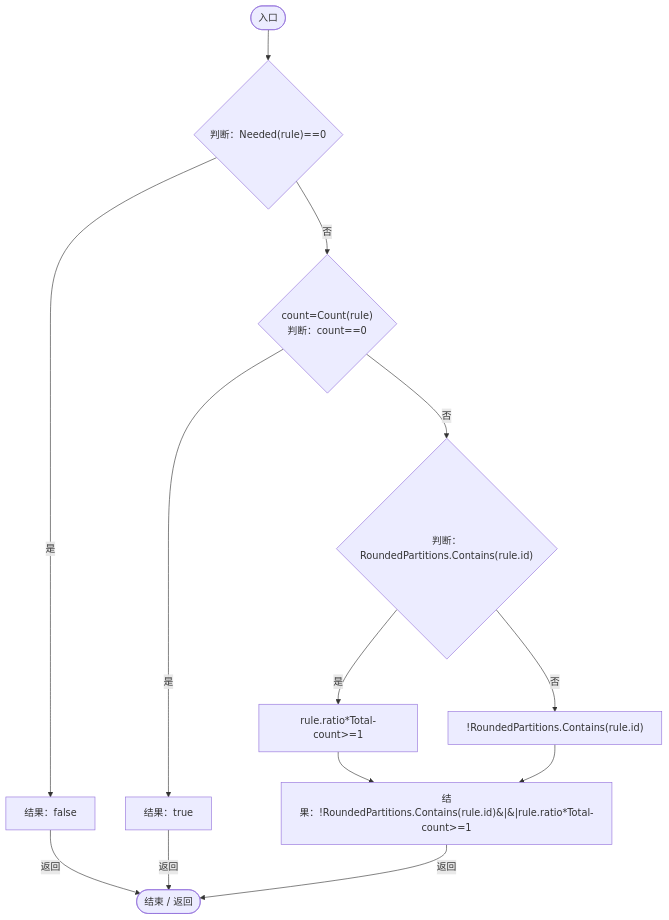
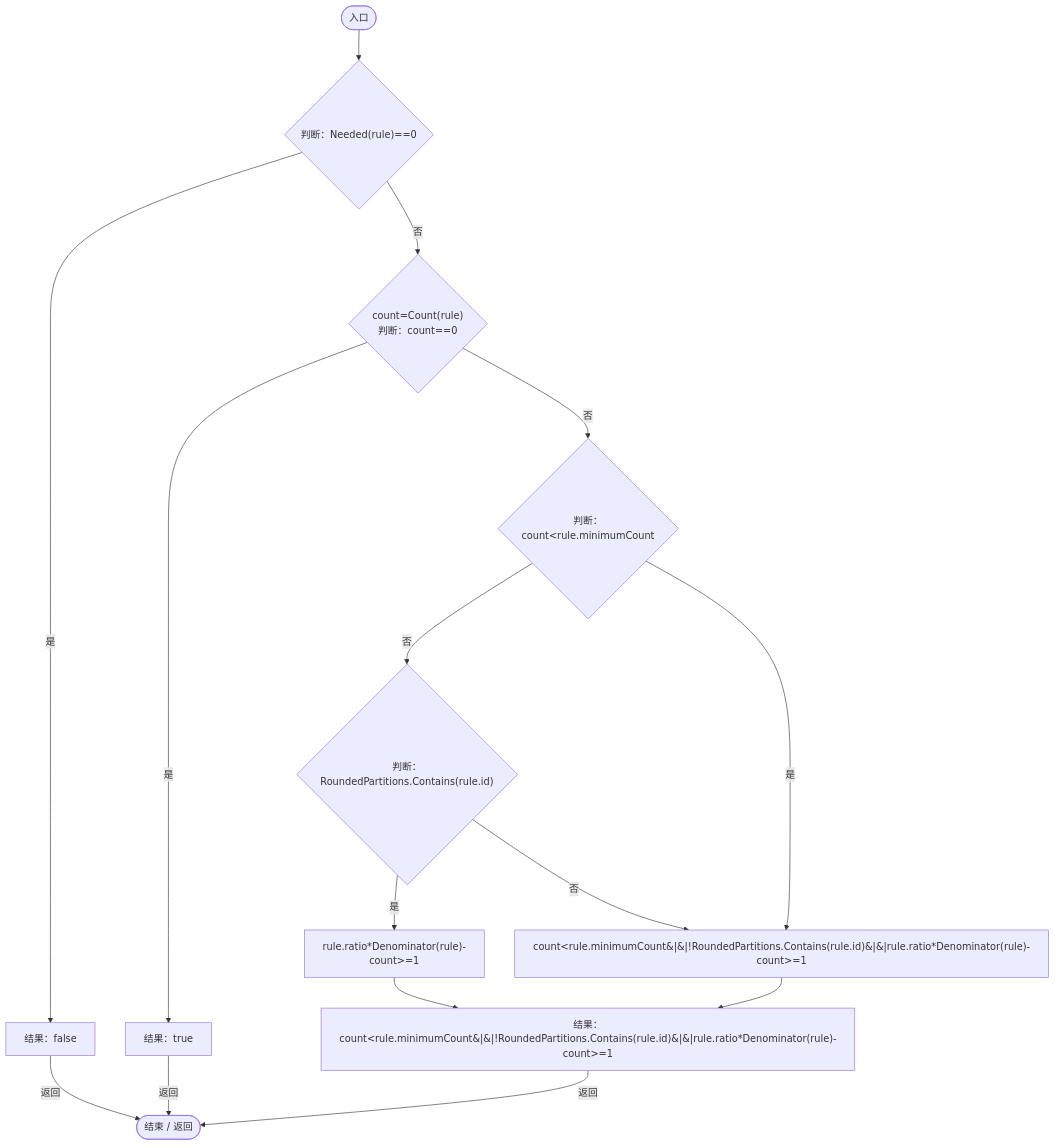
Before and after one commit to xhs6666/Darwin_paradise: diagram 22 of 36 in Docs/运行流程图/脚本/923ccc4e86c4786c.md, drawn with Mermaid. The commit also changed other lines of this file and 101 other files, not shown here.

````diff
--- a/Docs/运行流程图/脚本/923ccc4e86c4786c.md
+++ b/Docs/运行流程图/脚本/923ccc4e86c4786c.md
@@ -894,26 +959,29 @@
 ```mermaid
 flowchart TD
   b0(["入口"])
   b1{"判断：Needed(rule)==0"}
   b2["结果：false"]
   b3{"count=Count(rule)<br/>判断：count==0"}
   b4["结果：true"]
-  b5{"判断：RoundedPartitions.Contains(rule.id)"}
-  b6["rule.ratio*Total-count&gt;=1"]
-  b7["!RoundedPartitions.Contains(rule.id)"]
-  b8["结果：!RoundedPartitions.Contains(rule.id)&#124;&#124;rule.ratio*Total-count&gt;=1"]
-  b9(["结束 / 返回"])
+  b5{"判断：count&lt;rule.minimumCount"}
+  b6{"判断：RoundedPartitions.Contains(rule.id)"}
+  b7["rule.ratio*Denominator(rule)-count&gt;=1"]
+  b8["count&lt;rule.minimumCount&#124;&#124;!RoundedPartitions.Contains(rule.id)&#124;&#124;rule.ratio*Denominator(rule)-count&gt;=1"]
+  b9["结果：count&lt;rule.minimumCount&#124;&#124;!RoundedPartitions.Contains(rule.id)&#124;&#124;rule.ratio*Denominator(rule)-count&gt;=1"]
+  b10(["结束 / 返回"])
   b0 --> b1
   b1 -->|"是"| b2
   b1 -->|"否"| b3
-  b2 -->|"返回"| b9
+  b2 -->|"返回"| b10
   b3 -->|"是"| b4
   b3 -->|"否"| b5
-  b4 -->|"返回"| b9
-  b5 -->|"是"| b6
-  b5 -->|"否"| b7
-  b6 --> b8
-  b7 --> b8
-  b8 -->|"返回"| b9
+  b4 -->|"返回"| b10
+  b5 -->|"否"| b6
+  b5 -->|"是"| b8
+  b6 -->|"是"| b7
+  b6 -->|"否"| b8
+  b7 --> b9
+  b8 --> b9
+  b9 -->|"返回"| b10
 
 ```
````
